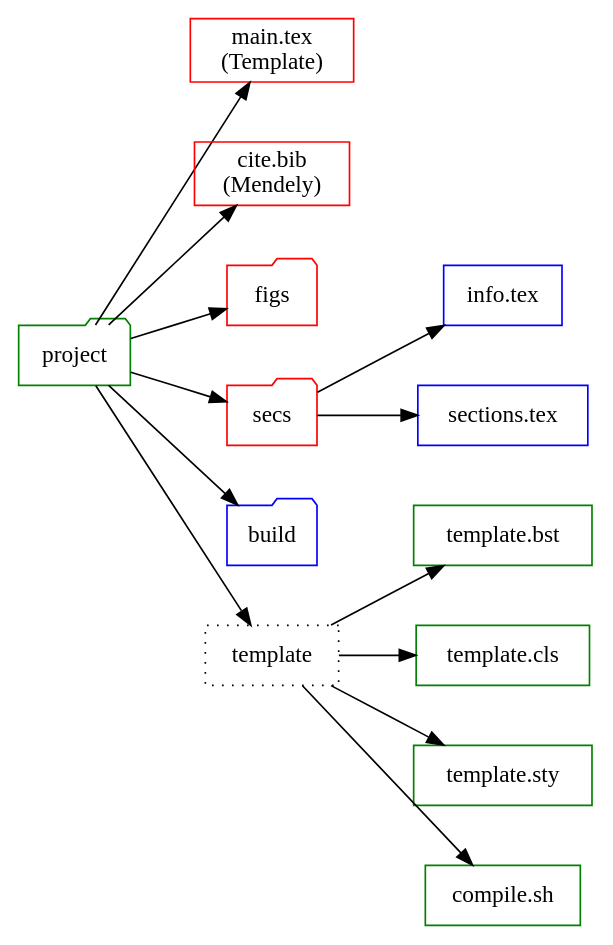
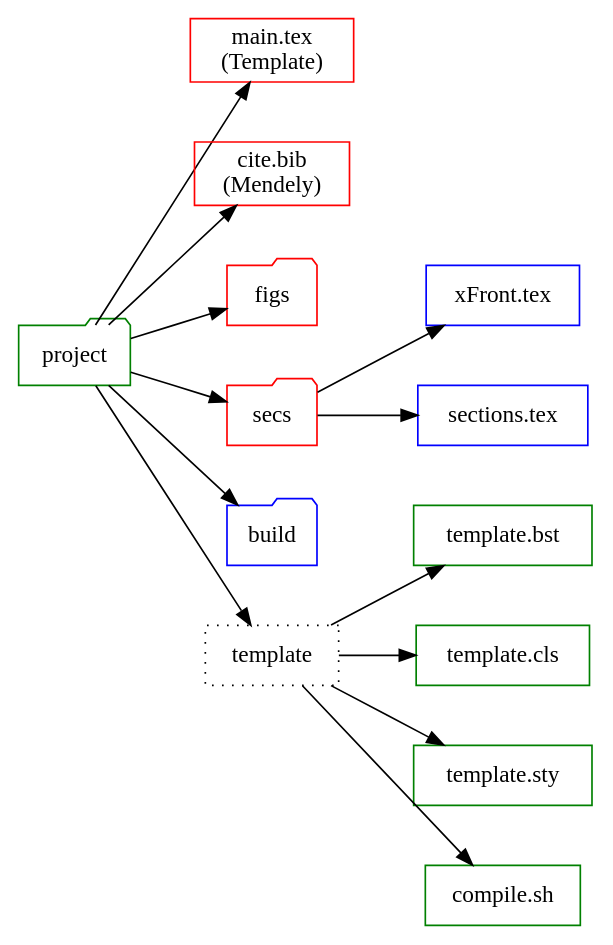
Before and after one commit to bwtian/texTemplate: the diagram in texTemplate.org, drawn with Graphviz. The commit also changed other lines of this file and 1 other file, not shown here.

Commit message:
- ‘.#texTemplate.org’ / ‘texTemplate.org’

```diff
--- a/texTemplate.org
+++ b/texTemplate.org
@@ -4,32 +4,32 @@
 #+BEGIN_SRC dot :file ./texTemplate.svg
   digraph {
   rankdir = LR
   fontname="Times";
   fontsize = 12;
   splines = false;
   ranksep = 0.5;
   nodesep = 0.5;
   node [shape = box]
   //1. set node
   proj [label = "project", color = green, shape="folder"]
-  front [label = "info.tex", color = blue]
+  front [label = "xFront.tex", color = blue]
   secs [label = "sections.tex", color = blue]
   main [label = "main.tex \n (Template)", color = red]
   bib [label = "cite.bib \n (Mendely)", color = red]
   bst [label = "template.bst", color = green]
   cls [label = "template.cls", color = green]
   sty [label = "template.sty", color = green]
   fig [label = "figs", color=red, shape="folder"]
   sec [label = "secs", color=red, shape="folder"]
   build [label  = "build", color = blue, shape="folder"]
   gen [label = "compile.sh", color = green]
   temp [label = "template", style=dotted]
   //2. set path
 
   proj -> {fig sec main temp bib build}
   temp -> {cls, bst, sty, gen}
   sec -> {front, secs}
   //3. set rank
 
   }
 #+END_SRC
```
